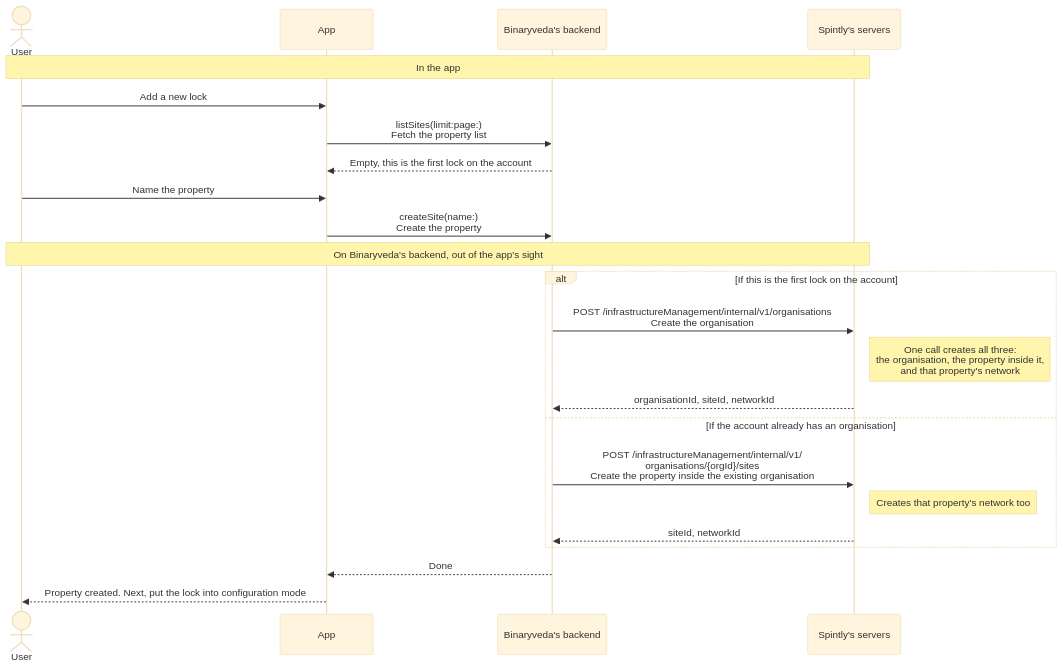
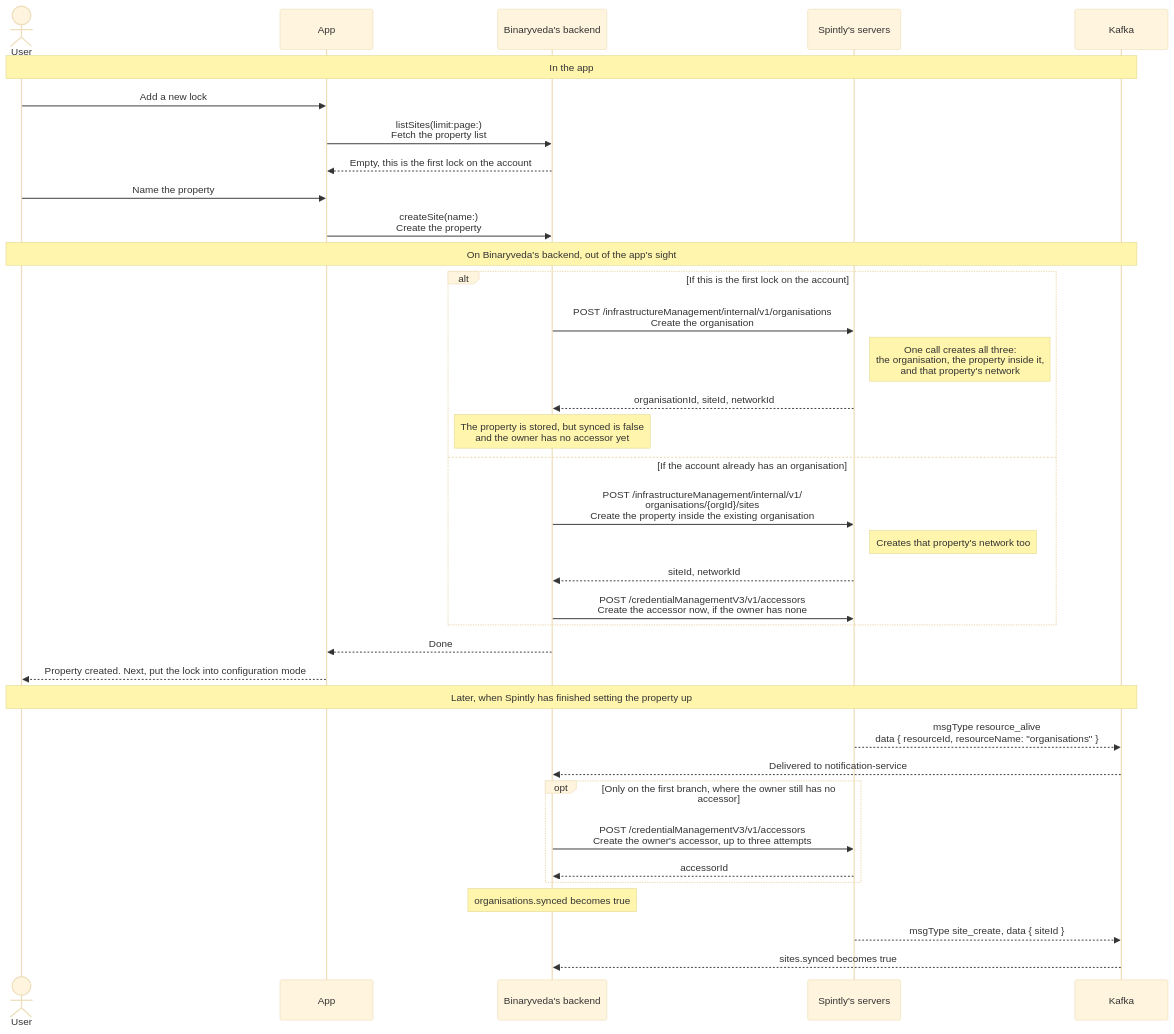
One commit to Yash-Wadatkar-Binaryveda/sdk-docs-site changed the second of 16 diagrams in docs/lock-onboarding.md. Above: the diagram before and after it, drawn with Mermaid (base theme). The commit also changed other lines of this file and 11 other files, not shown here.

````diff
--- a/docs/lock-onboarding.md
+++ b/docs/lock-onboarding.md
@@ -86,27 +110,41 @@
 ```mermaid
 sequenceDiagram
     actor U as User
     participant A as App
     participant B as Binaryveda's backend
     participant S as Spintly's servers
+    participant K as Kafka
 
-    Note over U,S: In the app
+    Note over U,K: In the app
     U->>A: Add a new lock
     A->>B: listSites(limit:page:)<br/>Fetch the property list
     B-->>A: Empty, this is the first lock on the account
     U->>A: Name the property
     A->>B: createSite(name:)<br/>Create the property
 
-    Note over U,S: On Binaryveda's backend, out of the app's sight
+    Note over U,K: On Binaryveda's backend, out of the app's sight
     alt If this is the first lock on the account
         B->>S: POST /infrastructureManagement/internal/v1/organisations<br/>Create the organisation
         Note right of S: One call creates all three:<br/>the organisation, the property inside it,<br/>and that property's network
         S-->>B: organisationId, siteId, networkId
+        Note over B: The property is stored, but synced is false<br/>and the owner has no accessor yet
     else If the account already has an organisation
         B->>S: POST /infrastructureManagement/internal/v1/<br/>organisations/{orgId}/sites<br/>Create the property inside the existing organisation
         Note right of S: Creates that property's network too
         S-->>B: siteId, networkId
+        B->>S: POST /credentialManagementV3/v1/accessors<br/>Create the accessor now, if the owner has none
     end
     B-->>A: Done
     A-->>U: Property created. Next, put the lock into configuration mode
+
+    Note over U,K: Later, when Spintly has finished setting the property up
+    S-->>K: msgType resource_alive<br/>data { resourceId, resourceName: "organisations" }
+    K-->>B: Delivered to notification-service
+    opt Only on the first branch, where the owner still has no accessor
+        B->>S: POST /credentialManagementV3/v1/accessors<br/>Create the owner's accessor, up to three attempts
+        S-->>B: accessorId
+    end
+    Note over B: organisations.synced becomes true
+    S-->>K: msgType site_create, data { siteId }
+    K-->>B: sites.synced becomes true
 ```
````
